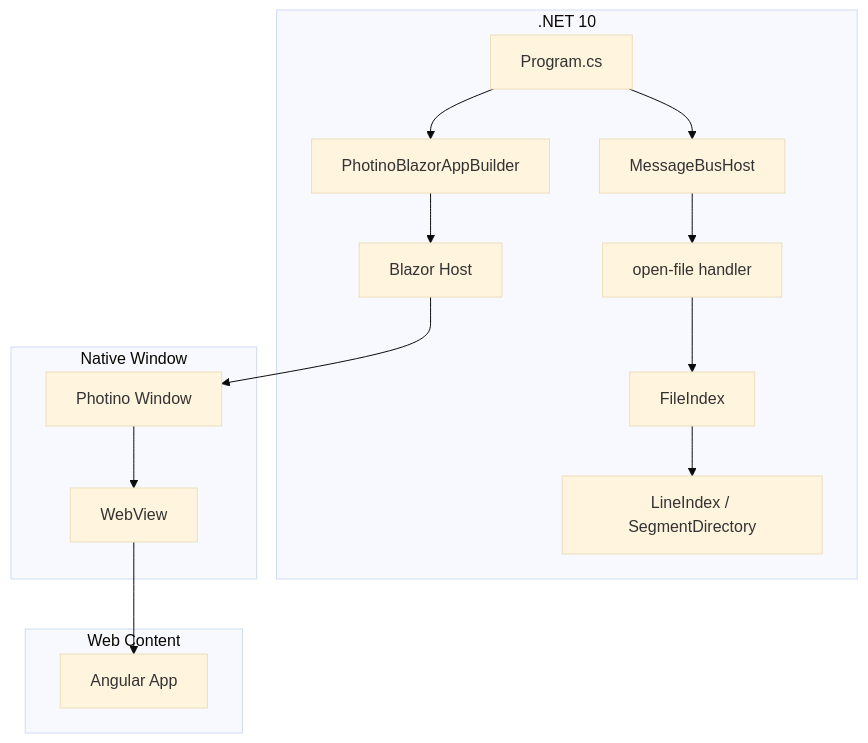
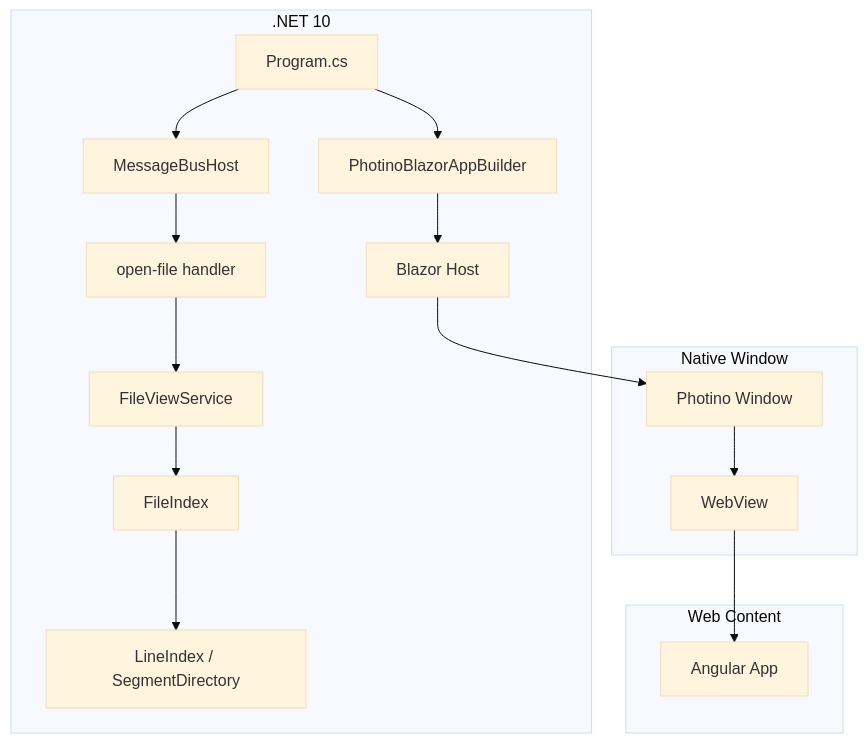
Before and after one commit to HerrDmitry/TextViewer: the diagram in .kiro/specs/_global/design.md, drawn with Mermaid (base theme). The commit also changed other lines of this file and 6 other files, not shown here.

Commit message:
docs: add file-view-service to _global specs, add encoding req to file-index

````diff
--- a/.kiro/specs/_global/design.md
+++ b/.kiro/specs/_global/design.md
@@ -12,22 +13,23 @@
 ```mermaid
 graph TD
     A[Program.cs] --> B[PhotinoBlazorAppBuilder]
     B --> C[Blazor Host]
     C --> D[Photino Window]
     D --> E[WebView]
     E --> F[Angular App]
     A --> G[MessageBusHost]
     G --> H[open-file handler]
-    H --> I[FileIndex]
-    I --> J[LineIndex / SegmentDirectory]
+    H --> I[FileViewService]
+    I --> J[FileIndex]
+    J --> K[LineIndex / SegmentDirectory]
 
     subgraph ".NET 10"
-        A; B; C; G; H; I; J
+        A; B; C; G; H; I; J; K
     end
     subgraph "Native Window"
         D; E
     end
     subgraph "Web Content"
         F
     end
 ```
````
